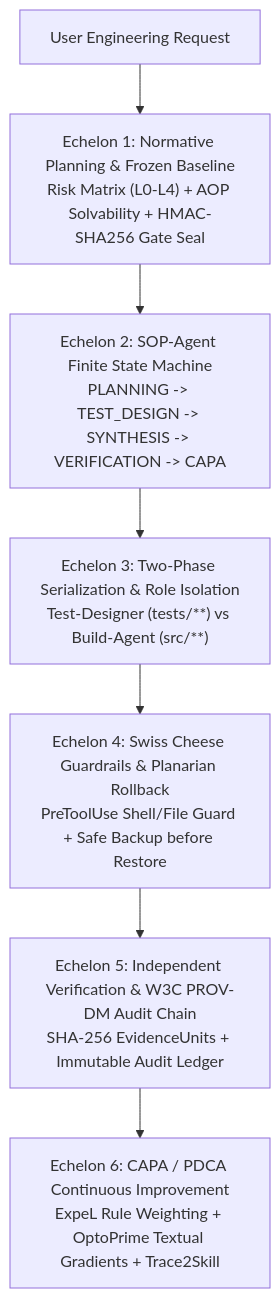
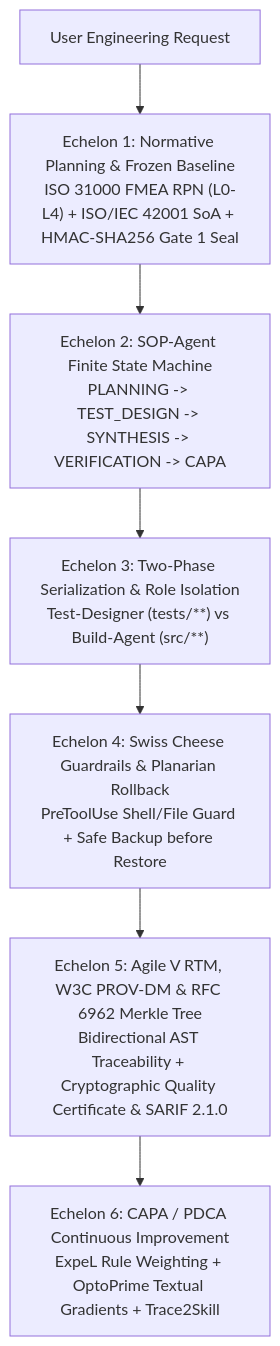
Before and after one commit to orakulzero/iso9000-agentops: the diagram in README.md, drawn with Mermaid. The commit also changed other lines of this file and 12 other files, not shown here.

Commit message:
feat(v2.0.0): add Agile V bidirectional RTM, ISO/IEC 42001 AIMS & ISO 31000 FMEA RPN engine, and SARIF 2.1.0 quality certificates

````diff
--- a/README.md
+++ b/README.md
@@ -13,9 +25,9 @@
 ```mermaid
 flowchart TD
-    Req["User Engineering Request"] --> E1["Echelon 1: Normative Planning & Frozen Baseline<br/>Risk Matrix (L0-L4) + AOP Solvability + HMAC-SHA256 Gate Seal"]
+    Req["User Engineering Request"] --> E1["Echelon 1: Normative Planning & Frozen Baseline<br/>ISO 31000 FMEA RPN (L0-L4) + ISO/IEC 42001 SoA + HMAC-SHA256 Gate 1 Seal"]
     E1 --> E2["Echelon 2: SOP-Agent Finite State Machine<br/>PLANNING -> TEST_DESIGN -> SYNTHESIS -> VERIFICATION -> CAPA"]
     E2 --> E3["Echelon 3: Two-Phase Serialization & Role Isolation<br/>Test-Designer (tests/**) vs Build-Agent (src/**)"]
     E3 --> E4["Echelon 4: Swiss Cheese Guardrails & Planarian Rollback<br/>PreToolUse Shell/File Guard + Safe Backup before Restore"]
-    E4 --> E5["Echelon 5: Independent Verification & W3C PROV-DM Audit Chain<br/>SHA-256 EvidenceUnits + Immutable Audit Ledger"]
+    E4 --> E5["Echelon 5: Agile V RTM, W3C PROV-DM & RFC 6962 Merkle Tree<br/>Bidirectional AST Traceability + Cryptographic Quality Certificate & SARIF 2.1.0"]
     E5 --> E6["Echelon 6: CAPA / PDCA Continuous Improvement<br/>ExpeL Rule Weighting + OptoPrime Textual Gradients + Trace2Skill"]
 ```
````
